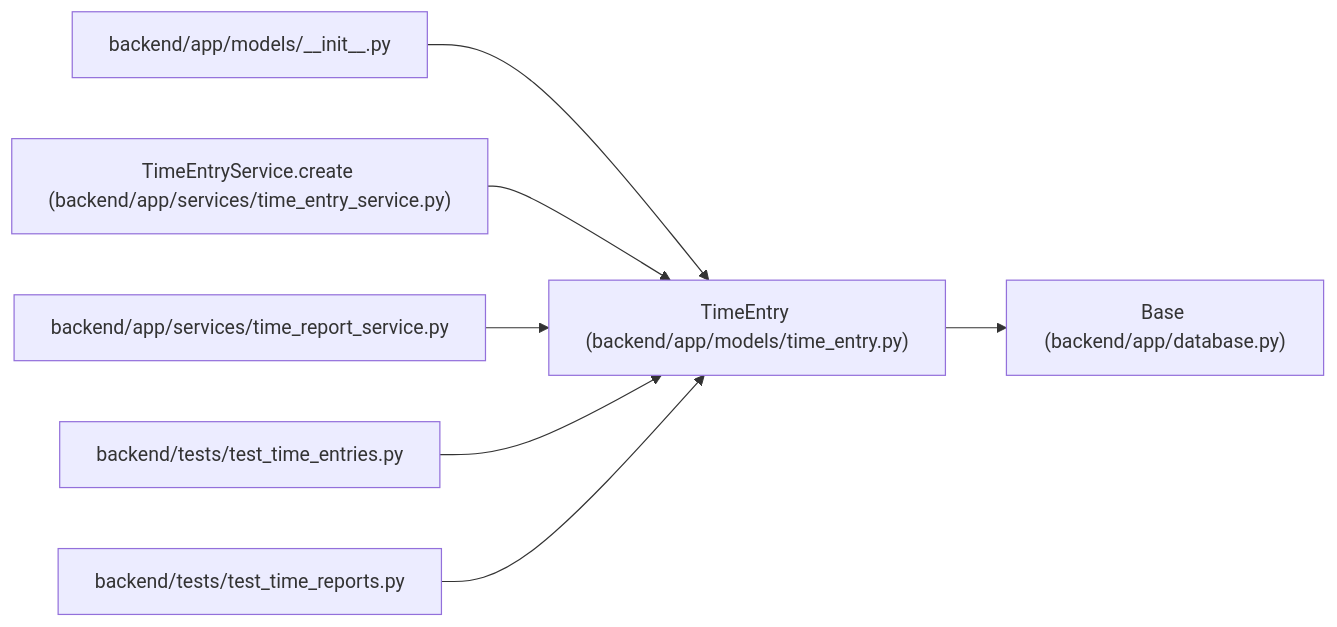
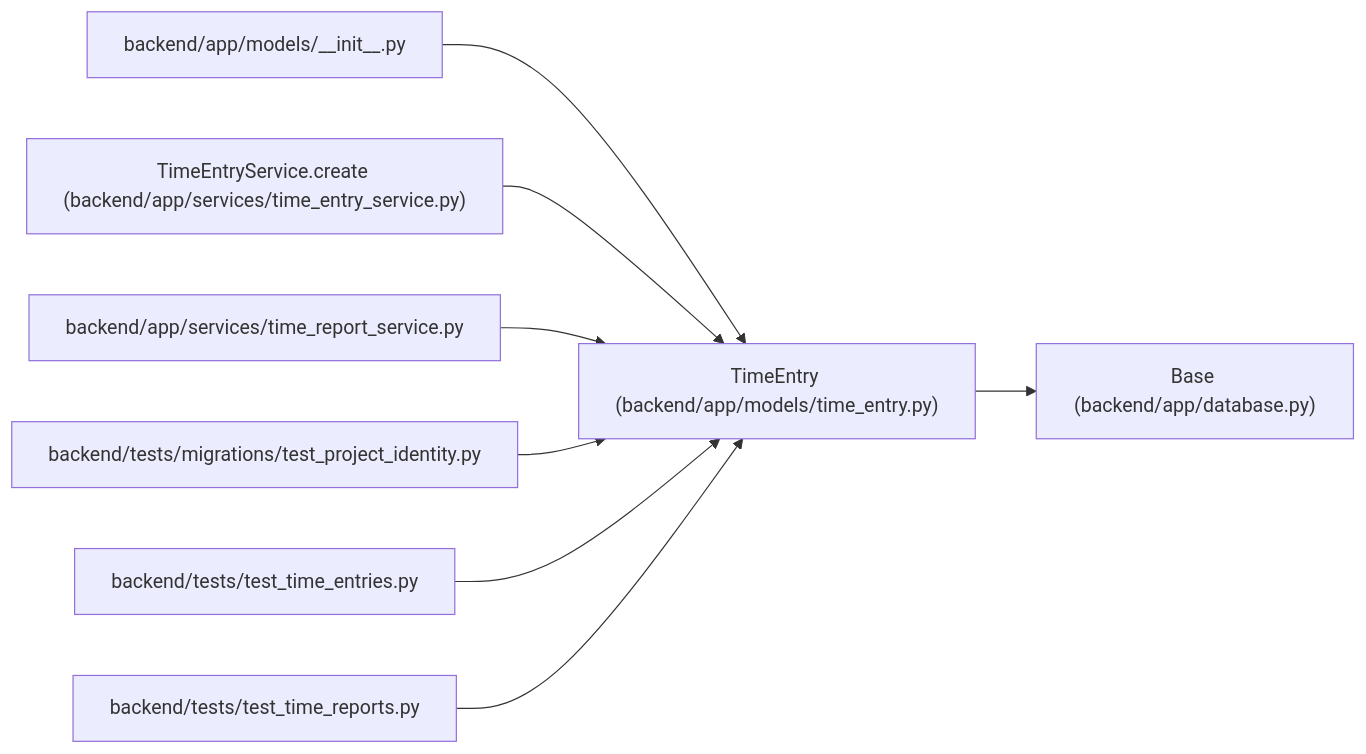
Before and after one commit to Denissvgn/WorkChord: the diagram in docs/llm_wiki/entities/models_time_entry_TimeEntry.md, drawn with Mermaid. The commit also changed other lines of this file and 388 other files, not shown here.

Commit message:
docs(wiki): explain project identity migration and allocation floors

````diff
--- a/docs/llm_wiki/entities/models_time_entry_TimeEntry.md
+++ b/docs/llm_wiki/entities/models_time_entry_TimeEntry.md
@@ -39,23 +39,26 @@
 ```mermaid
 flowchart LR
     n0["TimeEntry (backend/app/models/time_entry.py)"]
     n1["Base (backend/app/database.py)"]
     n2["backend/app/models/__init__.py"]
     n3["TimeEntryService.create (backend/app/services/time_entry_service.py)"]
     n4["backend/app/services/time_report_service.py"]
-    n5["backend/tests/test_time_entries.py"]
-    n6["backend/tests/test_time_reports.py"]
+    n5["backend/tests/migrations/test_project_identity.py"]
+    n6["backend/tests/test_time_entries.py"]
+    n7["backend/tests/test_time_reports.py"]
     n0 --> n1
     n2 --> n0
     n3 --> n0
     n4 --> n0
     n5 --> n0
     n6 --> n0
+    n7 --> n0
     click n0 "../modules/models_time_entry.md"
     click n1 "../modules/app_database.md"
     click n2 "../modules/models___init__.md"
     click n3 "../modules/time_entry_service.md"
     click n4 "../modules/time_report_service.md"
-    click n5 "../modules/test_time_entries.md"
-    click n6 "../modules/test_time_reports.md"
+    click n5 "../modules/test_project_identity.md"
+    click n6 "../modules/test_time_entries.md"
+    click n7 "../modules/test_time_reports.md"
 ```
````
